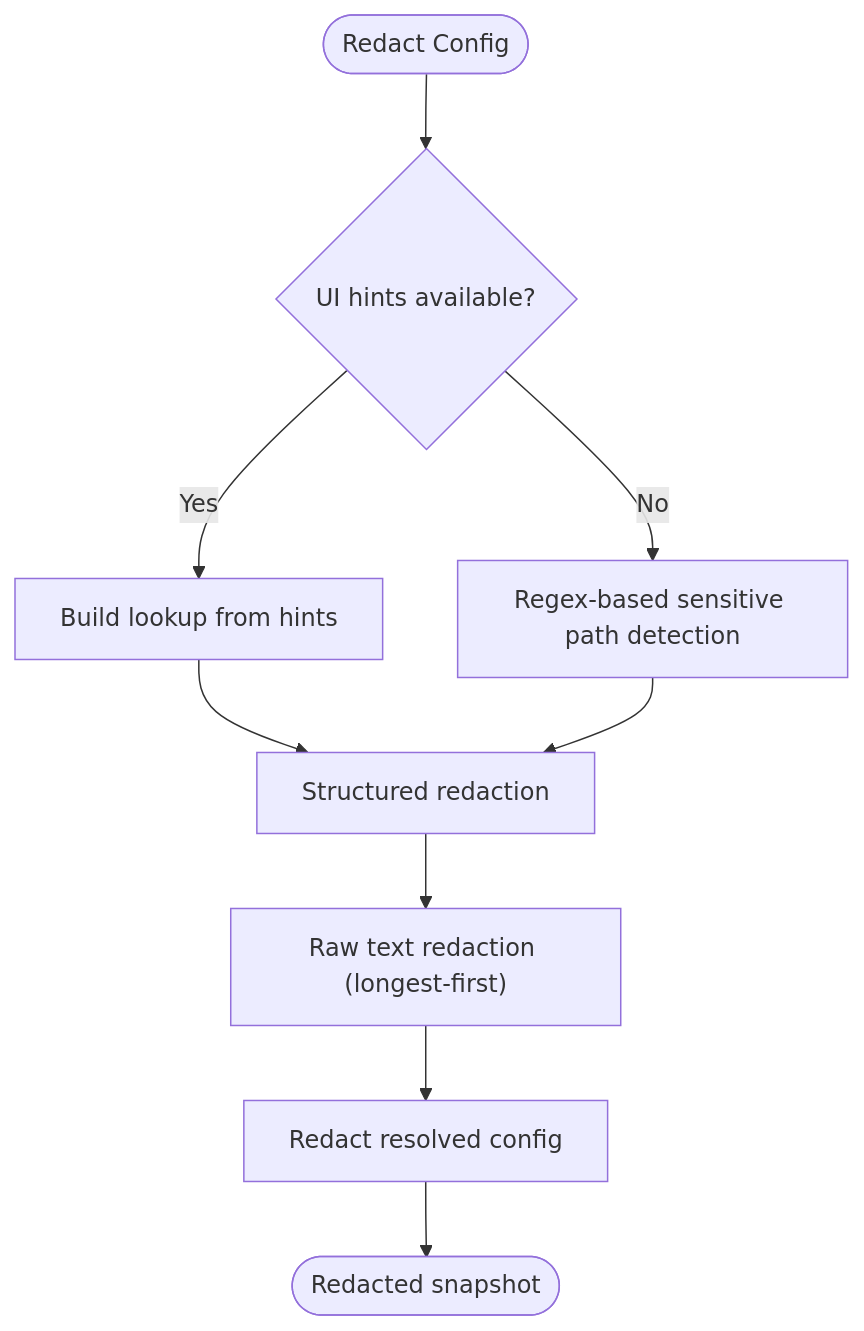
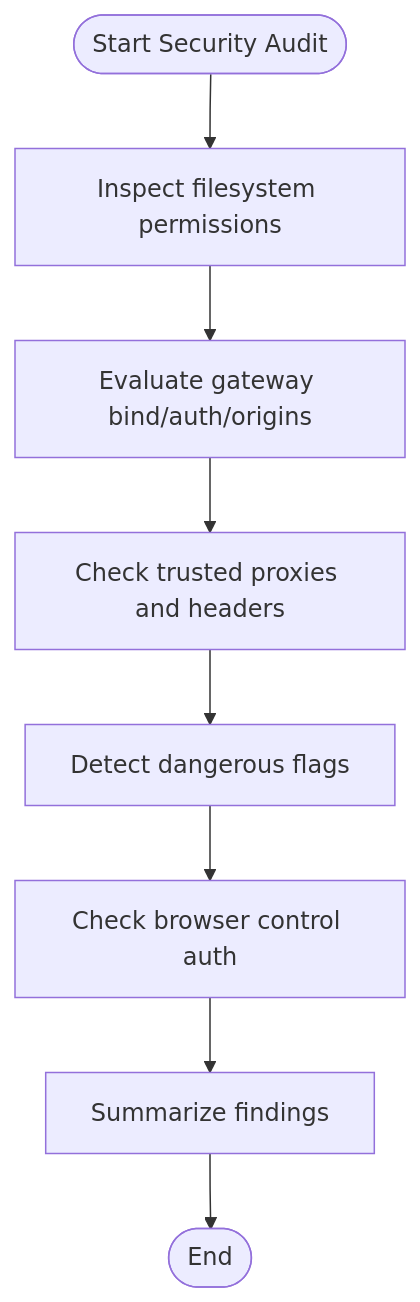
One commit to botx-work/OpenClaw-Internals changed the sixth of 7 diagrams in repowiki/en/content/Configuration Management/Security Configuration.md. Above: the diagram before and after it, drawn with Mermaid. The commit also changed other lines of this file and 332 other files, not shown here.

````diff
--- a/repowiki/en/content/Configuration Management/Security Configuration.md
+++ b/repowiki/en/content/Configuration Management/Security Configuration.md
@@ -253,11 +262,10 @@
 ```mermaid
 flowchart TD
-RS(["Redact Config"]) --> Hints{"UI hints available?"}
-Hints --> |Yes| Lookup["Build lookup from hints"]
-Hints --> |No| Guess["Regex-based sensitive path detection"]
-Lookup --> Structured["Structured redaction"]
-Guess --> Structured
-Structured --> Raw["Raw text redaction (longest-first)"]
-Raw --> Resolved["Redact resolved config"]
-Resolved --> RSOut(["Redacted snapshot"])
+Start(["Start Security Audit"]) --> FS["Inspect filesystem permissions"]
+FS --> GW["Evaluate gateway bind/auth/origins"]
+GW --> TRUST["Check trusted proxies and headers"]
+TRUST --> FLAGS["Detect dangerous flags"]
+FLAGS --> BROWSER["Check browser control auth"]
+BROWSER --> Report["Summarize findings"]
+Report --> End(["End"])
 ```
````
